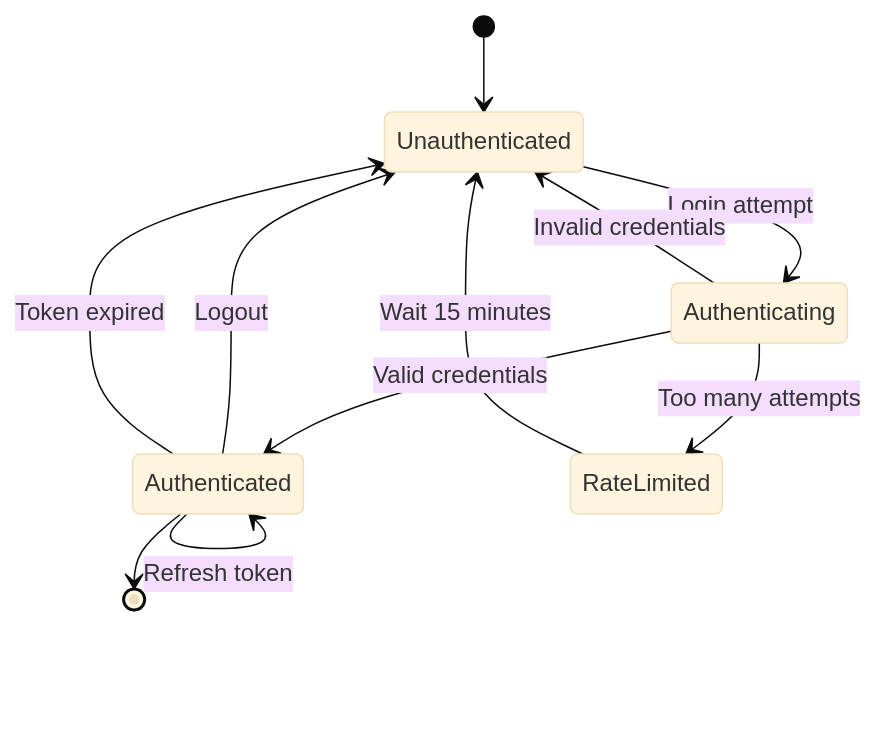
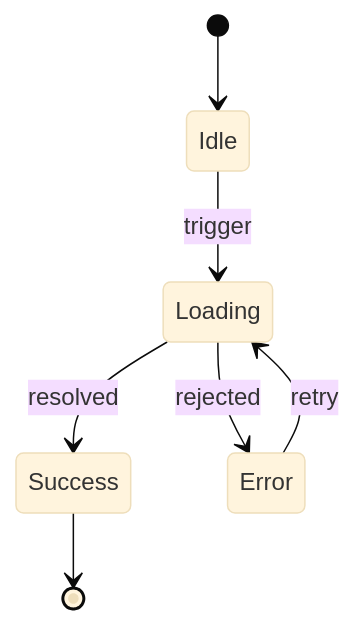
One commit to phrazzld/claude-config changed the first of 4 diagrams in commands/document.md. Above: the diagram before and after it, drawn with Mermaid (base theme). The commit also changed other lines of this file and 21 other files, not shown here.

````diff
--- a/commands/document.md
+++ b/commands/document.md
@@ -700,17 +55,9 @@
 ```mermaid
 stateDiagram-v2
-    [*] --> Unauthenticated
-
-    Unauthenticated --> Authenticating: Login attempt
-    Authenticating --> Authenticated: Valid credentials
-    Authenticating --> RateLimited: Too many attempts
-    Authenticating --> Unauthenticated: Invalid credentials
-
-    RateLimited --> Unauthenticated: Wait 15 minutes
-
-    Authenticated --> Unauthenticated: Logout
-    Authenticated --> Unauthenticated: Token expired
-    Authenticated --> Authenticated: Refresh token
-
-    Authenticated --> [*]
+    [*] --> Idle
+    Idle --> Loading: trigger
+    Loading --> Success: resolved
+    Loading --> Error: rejected
+    Error --> Loading: retry
+    Success --> [*]
 ```
````
